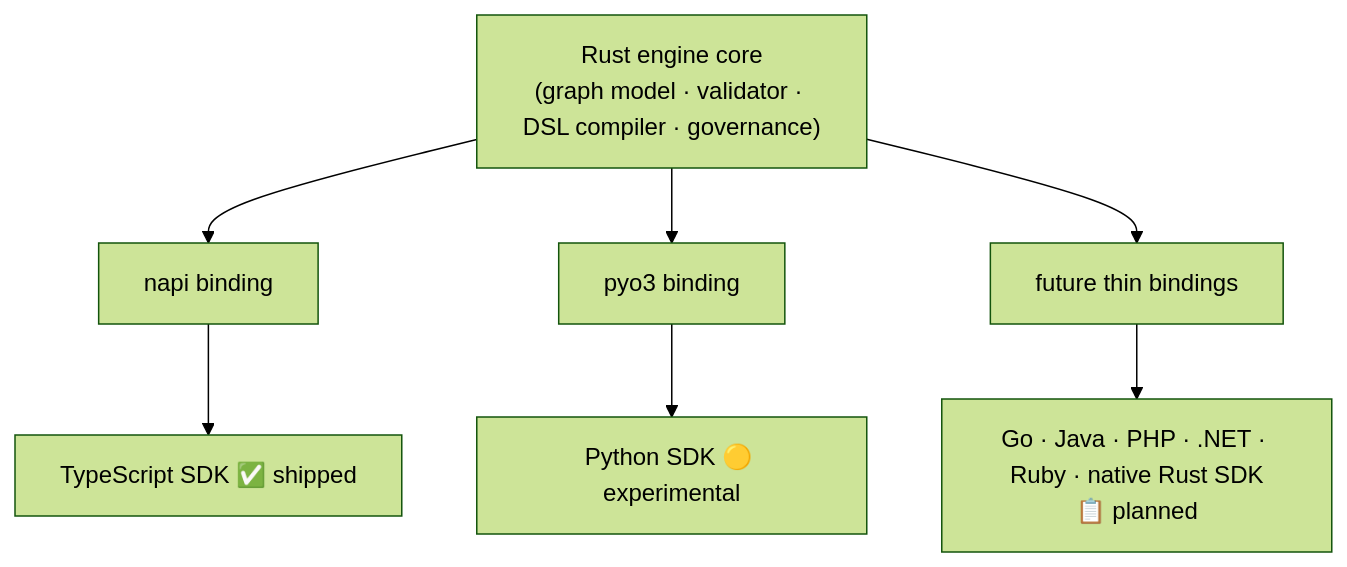
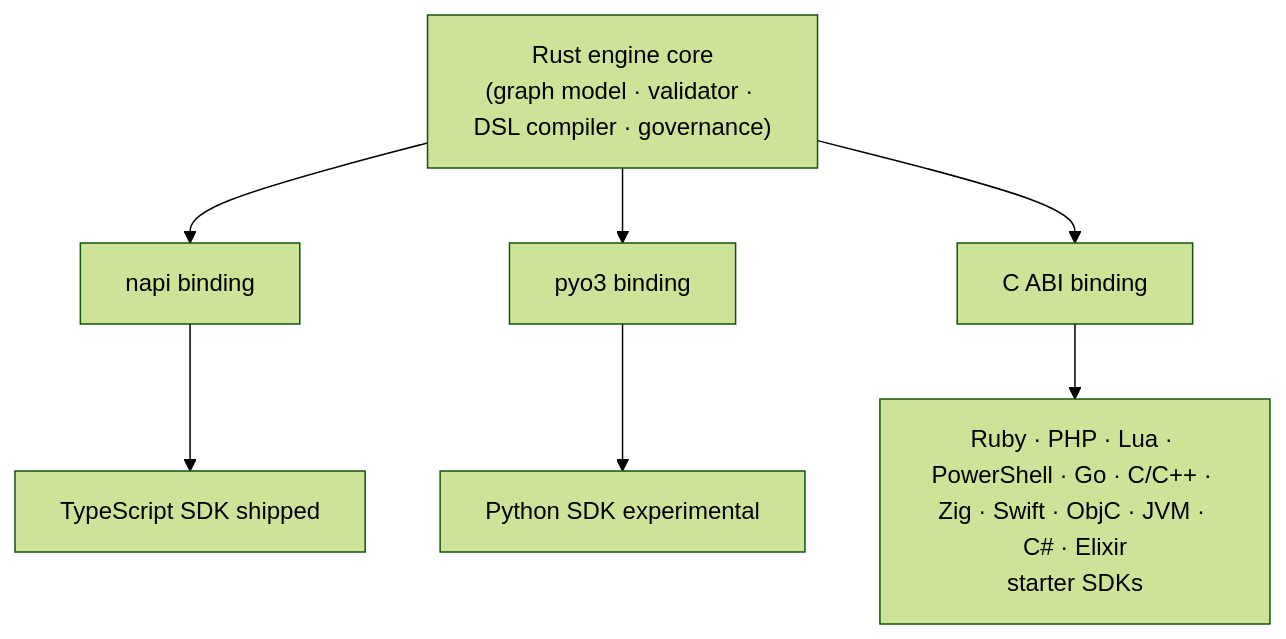
Before and after one commit to prxmat/adriane-engine: the diagram in docs-site/docs/roadmap.md, drawn with Mermaid (forest theme). The commit also changed other lines of this file and 65 other files, not shown here.

First line of the commit message:
feat: add polyglot SDK C ABI and callback runtime (#136)

````diff
--- a/docs-site/docs/roadmap.md
+++ b/docs-site/docs/roadmap.md
@@ -66,10 +66,10 @@
 ```mermaid
 flowchart TB
   core["Rust engine core<br/>(graph model · validator · DSL compiler · governance)"]
-  napi["napi binding"] --> ts["TypeScript SDK ✅ shipped"]
-  pyo3["pyo3 binding"] --> py["Python SDK 🟡 experimental"]
-  future["future thin bindings"] --> rest["Go · Java · PHP · .NET · Ruby · native Rust SDK<br/>📋 planned"]
+  napi["napi binding"] --> ts["TypeScript SDK shipped"]
+  pyo3["pyo3 binding"] --> py["Python SDK experimental"]
+  cabi["C ABI binding"] --> rest["Ruby · PHP · Lua · PowerShell · Go · C/C++ · Zig · Swift · ObjC · JVM · C# · Elixir<br/>starter SDKs"]
   core --> napi
   core --> pyo3
-  core --> future
+  core --> cabi
 ```
````
